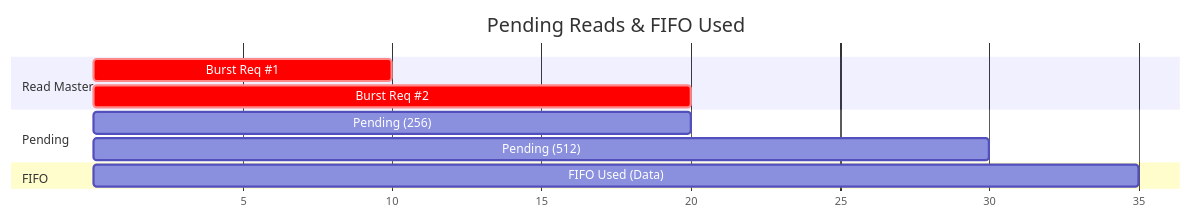
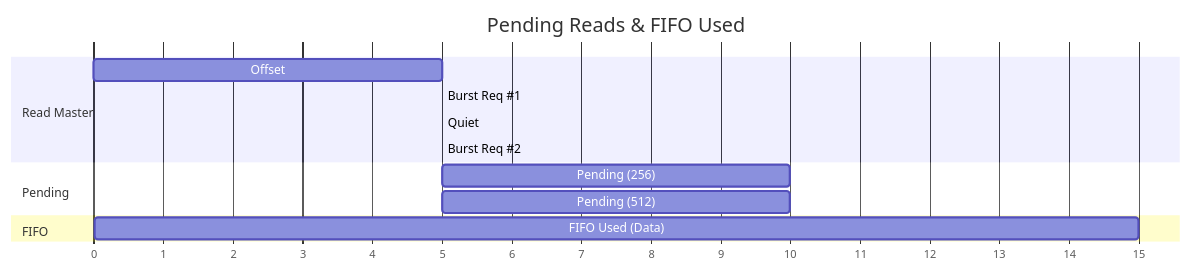
The seventh of 8 diagrams in doc/burst_master.md (bccha/quartus_project), drawn with Mermaid before and after one commit. The commit also changed other lines of this file, not shown here.

Commit message:
Fix: Stagger Mermaid Gantt charts using 'after' keyword for correct timing visualization

````diff
--- a/doc/burst_master.md
+++ b/doc/burst_master.md
@@ -417,17 +419,19 @@
 ```mermaid
 gantt
     title Pending Reads & FIFO Used
     dateFormat  X
     axisFormat %s
     
     section Read Master
-    Burst Req #1   :crit, req1, 5, 10
-    Burst Req #2   :crit, req2, 15, 20
+    Offset         : m_off, 0, 5
+    Burst Req #1   : crit, req1, after m_off, 5
+    Quiet          : m_q, after req1, 5
+    Burst Req #2   : crit, req2, after m_q, 5
     
     section Pending
-    Pending (256)  :p1, 10, 20
-    Pending (512)  :p2, 20, 30
+    Pending (256)  : p1, after req1, 10
+    Pending (512)  : p2, after req2, 10
     
     section FIFO
-    FIFO Used (Data):fill, 20, 35
+    FIFO Used (Data): fill, 20, 15
 ```
````
